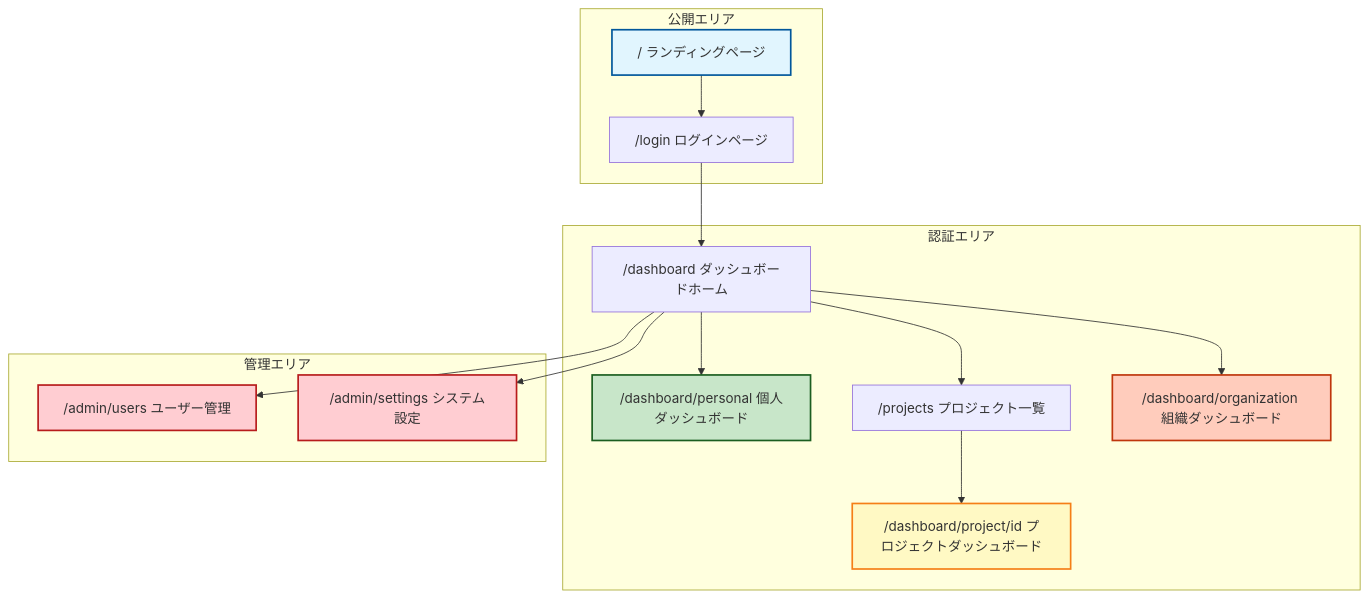
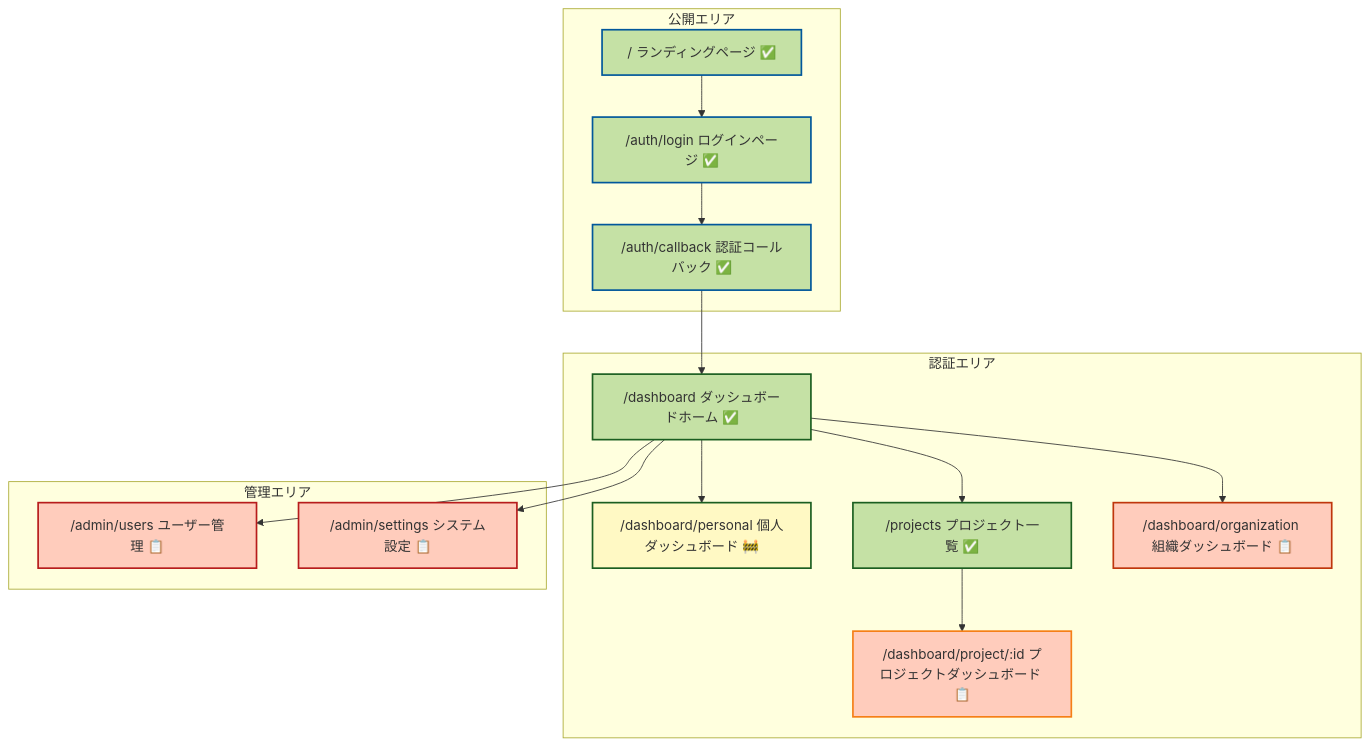
One commit to rasshii/team-insight changed the sixth of 13 diagrams in Doc/mvp.md. Above: the diagram before and after it, drawn with Mermaid. The commit also changed other lines of this file and 14 other files, not shown here.

````diff
--- a/Doc/mvp.md
+++ b/Doc/mvp.md
@@ -198,36 +235,42 @@
 ```mermaid
 graph TD
     subgraph "公開エリア"
-        A["/ ランディングページ"]
-        B["/login ログインページ"]
+        A["/ ランディングページ ✅"]
+        B["/auth/login ログインページ ✅"]
+        B2["/auth/callback 認証コールバック ✅"]
     end
 
     subgraph "認証エリア"
-        C["/dashboard ダッシュボードホーム"]
-        D["/dashboard/personal 個人ダッシュボード"]
-        E["/projects プロジェクト一覧"]
-        F["/dashboard/project/id プロジェクトダッシュボード"]
-        G["/dashboard/organization 組織ダッシュボード"]
+        C["/dashboard ダッシュボードホーム ✅"]
+        D["/dashboard/personal 個人ダッシュボード 🚧"]
+        E["/projects プロジェクト一覧 ✅"]
+        F["/dashboard/project/:id プロジェクトダッシュボード 📋"]
+        G["/dashboard/organization 組織ダッシュボード 📋"]
     end
 
     subgraph "管理エリア"
-        H["/admin/users ユーザー管理"]
-        I["/admin/settings システム設定"]
+        H["/admin/users ユーザー管理 📋"]
+        I["/admin/settings システム設定 📋"]
     end
 
     A --> B
-    B --> C
+    B --> B2
+    B2 --> C
     C --> D
     C --> E
     E --> F
     C --> G
     C --> H
     C --> I
 
-    style A fill:#e1f5fe,stroke:#01579b,stroke-width:2px
-    style D fill:#c8e6c9,stroke:#1b5e20,stroke-width:2px
-    style F fill:#fff9c4,stroke:#f57f17,stroke-width:2px
+    style A fill:#c5e1a5,stroke:#01579b,stroke-width:2px
+    style B fill:#c5e1a5,stroke:#01579b,stroke-width:2px
+    style B2 fill:#c5e1a5,stroke:#01579b,stroke-width:2px
+    style C fill:#c5e1a5,stroke:#1b5e20,stroke-width:2px
+    style D fill:#fff9c4,stroke:#1b5e20,stroke-width:2px
+    style E fill:#c5e1a5,stroke:#1b5e20,stroke-width:2px
+    style F fill:#ffccbc,stroke:#f57f17,stroke-width:2px
     style G fill:#ffccbc,stroke:#bf360c,stroke-width:2px
-    style H fill:#ffcdd2,stroke:#b71c1c,stroke-width:2px
-    style I fill:#ffcdd2,stroke:#b71c1c,stroke-width:2px
+    style H fill:#ffccbc,stroke:#b71c1c,stroke-width:2px
+    style I fill:#ffccbc,stroke:#b71c1c,stroke-width:2px
 ```
````
